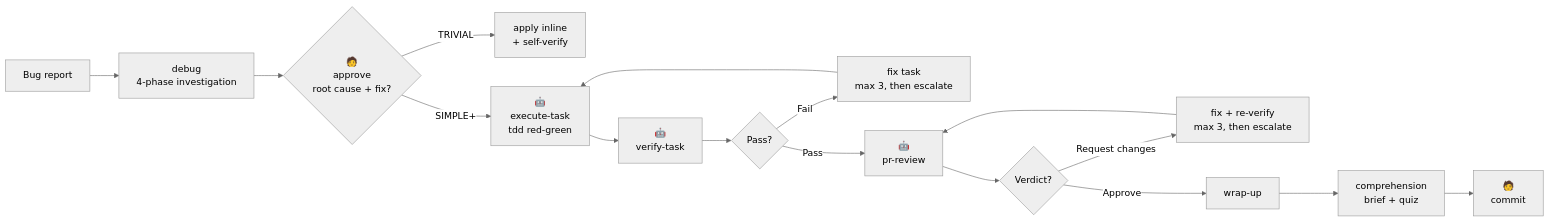
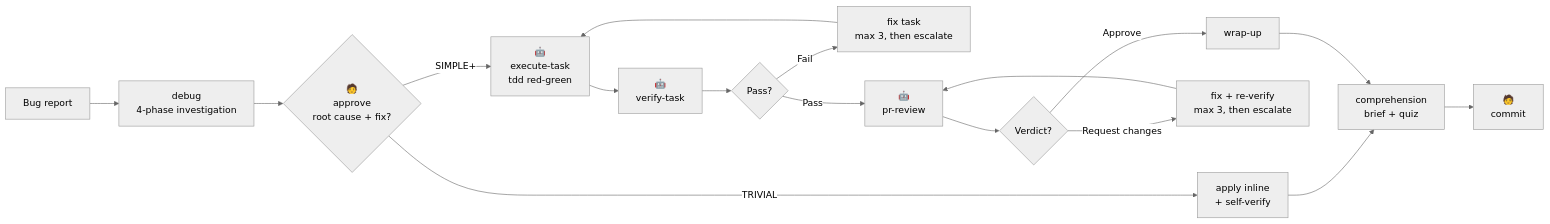
One commit to precise-alloy/ritus-demo changed the fifth of 6 diagrams in slides.md. Above: the diagram before and after it, drawn with Mermaid (neutral theme). The commit also changed other lines of this file, not shown here.

Commit message:
update diagrams wordings

````diff
--- a/slides.md
+++ b/slides.md
@@ -264,18 +264,19 @@
 ```mermaid {scale: 0.38}
 flowchart LR
   B[Bug report] --> D["debug\n4-phase investigation"]
   D --> G{"🧑\napprove\nroot cause + fix?"}
   G -->|TRIVIAL| I["apply inline\n+ self-verify"]
+  I --> CMP
   G -->|SIMPLE+| E["🤖\nexecute-task\ntdd red-green"]
   E --> V["🤖\nverify-task"]
   V --> VC{Pass?}
   VC -->|Fail| VX["fix task\nmax 3, then escalate"]
   VX --> E
   VC -->|Pass| PR["🤖\npr-review"]
   PR --> VD{Verdict?}
   VD -->|Request changes| FX["fix + re-verify\nmax 3, then escalate"]
   FX --> PR
   VD -->|Approve| WU[wrap-up]
   WU --> CMP["comprehension\nbrief + quiz"]
   CMP --> H["🧑\ncommit"]
 ```
````
